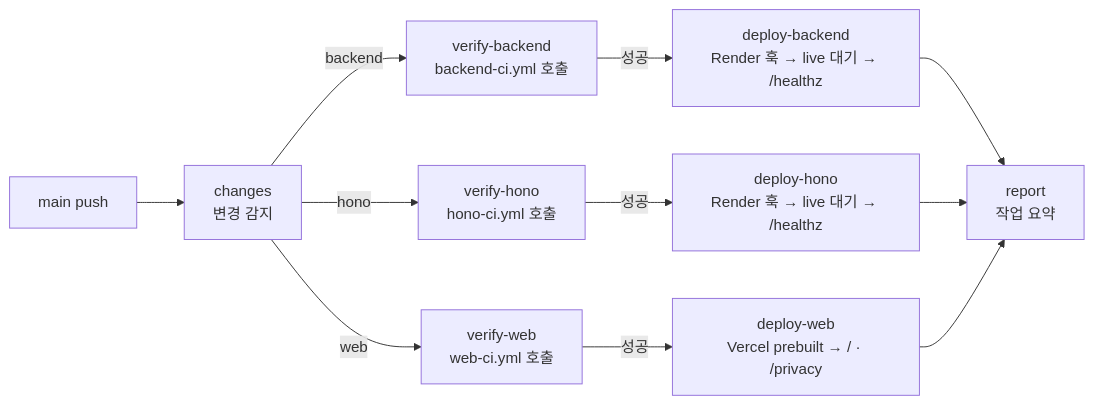
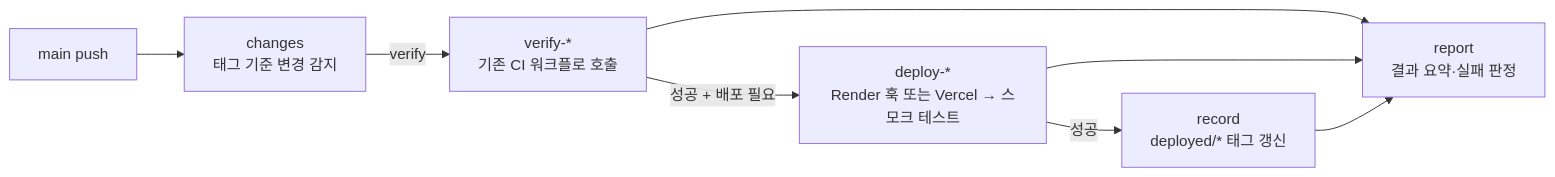
One commit to seongkyu-lim/wellness-game changed the diagram in docs/deploy.md. Above: the diagram before and after it, drawn with Mermaid. The commit also changed other lines of this file and 3 other files, not shown here.

Commit message:
fix: 리뷰 반영 — 대상별 마지막 성공 배포 태그 기준 변경 감지, 검증한 커밋(ref) 배포·배포 ID로 live 대기, Render API 키 필수, Vercel 토큰 단계 한정, production 환경 시크릿, 취소 결과 실패 처리, 주간 검증 (#151)

````diff
--- a/docs/deploy.md
+++ b/docs/deploy.md
@@ -8,13 +8,8 @@
 ```mermaid
 flowchart LR
-  A[main push] --> B[changes<br/>변경 감지]
-  B -->|backend| C[verify-backend<br/>backend-ci.yml 호출]
-  B -->|hono| D[verify-hono<br/>hono-ci.yml 호출]
-  B -->|web| E[verify-web<br/>web-ci.yml 호출]
-  C -->|성공| F[deploy-backend<br/>Render 훅 → live 대기 → /healthz]
-  D -->|성공| G[deploy-hono<br/>Render 훅 → live 대기 → /healthz]
-  E -->|성공| H[deploy-web<br/>Vercel prebuilt → / · /privacy]
-  F --> R[report<br/>작업 요약]
-  G --> R
-  H --> R
+  A[main push] --> B[changes<br/>태그 기준 변경 감지]
+  B -->|verify| C[verify-*<br/>기존 CI 워크플로 호출]
+  C -->|성공 + 배포 필요| D[deploy-*<br/>Render 훅 또는 Vercel → 스모크 테스트]
+  D -->|성공| E[record<br/>deployed/* 태그 갱신]
+  C & D & E --> R[report<br/>결과 요약·실패 판정]
 ```
````
